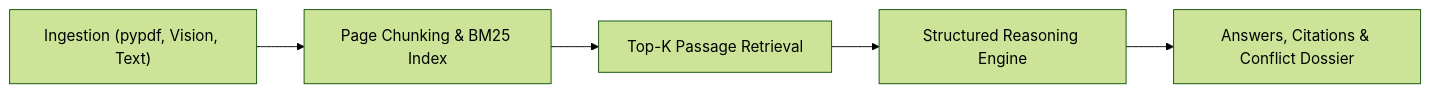
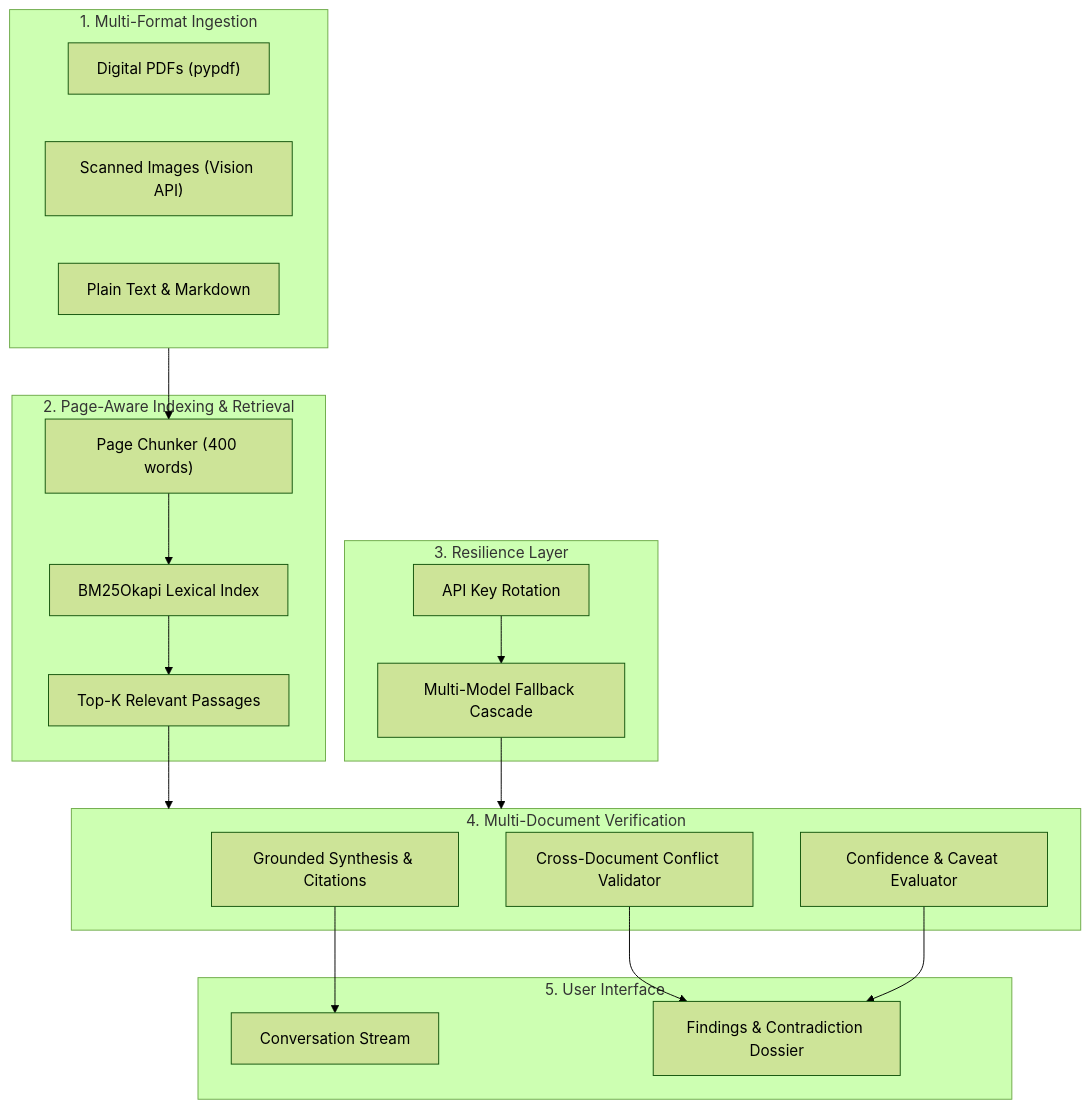
Before and after one commit to anshk1234/docV-ai: the diagram in README.md, drawn with Mermaid (forest theme). The commit also changed other lines of this file, not shown here.

Commit message:
Center README header with app logo and expand Mermaid architecture diagram

````diff
--- a/README.md
+++ b/README.md
@@ -33,7 +42,34 @@
 ```mermaid
-flowchart LR
-    Ingest["Ingestion (pypdf, Vision, Text)"] --> Index["Page Chunking & BM25 Index"]
-    Index --> Retrieval["Top-K Passage Retrieval"]
-    Retrieval --> Reasoning["Structured Reasoning Engine"]
-    Reasoning --> Output["Answers, Citations & Conflict Dossier"]
+flowchart TD
+    subgraph Ingestion ["1. Multi-Format Ingestion"]
+        PDF["Digital PDFs (pypdf)"]
+        IMG["Scanned Images (Vision API)"]
+        TXT["Plain Text & Markdown"]
+    end
+    subgraph Indexing ["2. Page-Aware Indexing & Retrieval"]
+        Chunker["Page Chunker (400 words)"]
+        BM25["BM25Okapi Lexical Index"]
+        Retriever["Top-K Relevant Passages"]
+        Chunker --> BM25 --> Retriever
+    end
+    subgraph Resilience ["3. Resilience Layer"]
+        Pool["API Key Rotation"]
+        Cascade["Multi-Model Fallback Cascade"]
+        Pool --> Cascade
+    end
+    subgraph Reasoning ["4. Multi-Document Verification"]
+        Synthesizer["Grounded Synthesis & Citations"]
+        Conflict["Cross-Document Conflict Validator"]
+        Uncertainty["Confidence & Caveat Evaluator"]
+    end
+    subgraph Interface ["5. User Interface"]
+        Chat["Conversation Stream"]
+        Findings["Findings & Contradiction Dossier"]
+    end
+    Ingestion --> Chunker
+    Retriever --> Reasoning
+    Cascade --> Reasoning
+    Synthesizer --> Chat
+    Conflict --> Findings
+    Uncertainty --> Findings
 ```
````
